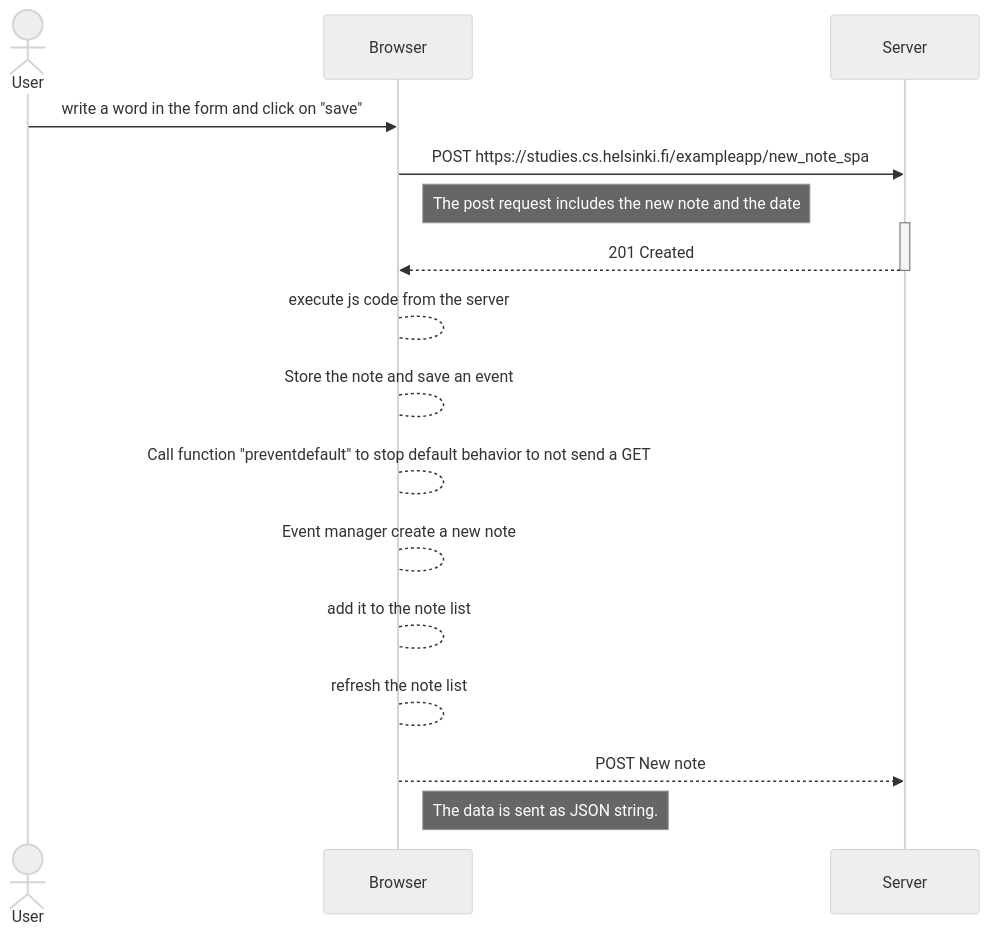
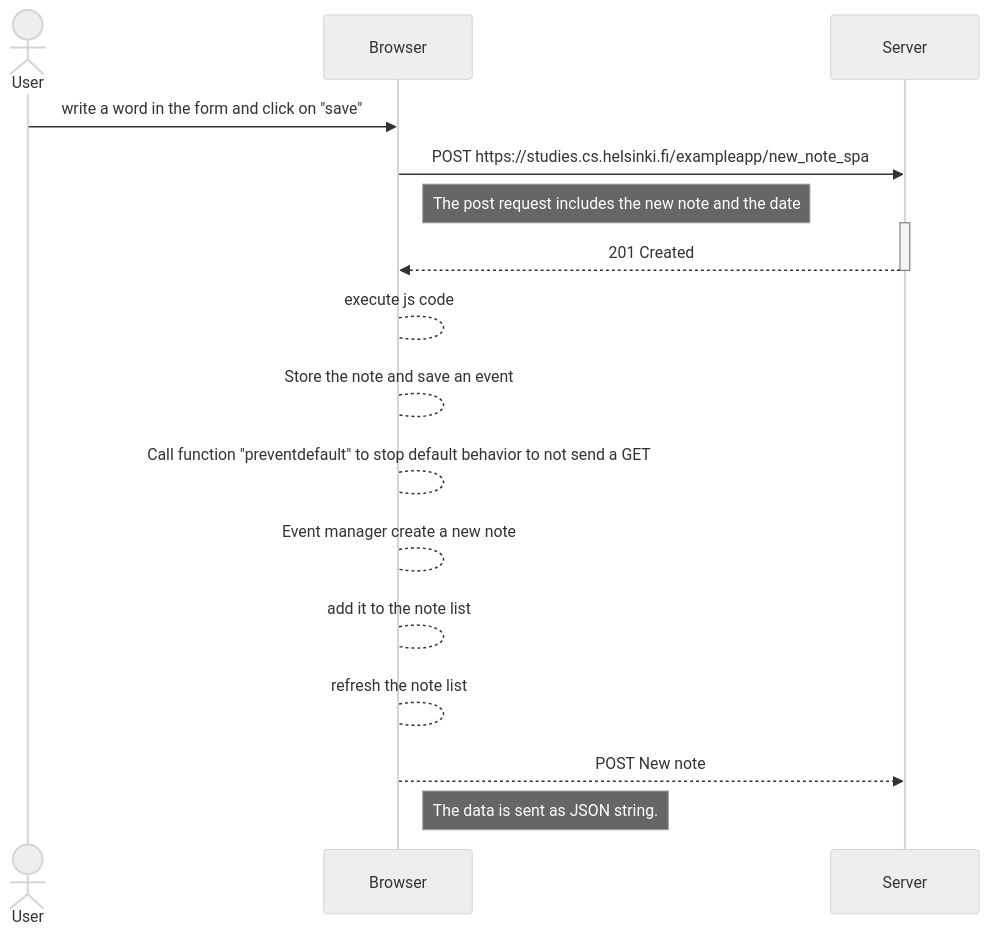
The diagram in diagram exercice 0.6 fulstackopen.md (Blackleaf3416/Fullstackopen-part0), drawn with Mermaid (neutral theme) before and after one commit.

Commit message:
Update diagram exercice 0.6 fulstackopen.md

````diff
--- a/diagram exercice 0.6 fulstackopen.md
+++ b/diagram exercice 0.6 fulstackopen.md
@@ -1,22 +1,22 @@
 ```mermaid
 sequenceDiagram
 
 actor User
 participant Browser
 participant Server
 User->>Browser: write a word in the form and click on "save"
 
 Browser->>Server: POST https://studies.cs.helsinki.fi/exampleapp/new_note_spa
 Note right of Browser: The post request includes the new note and the date
 Activate Server
 Server-->>Browser: 201 Created
 Deactivate Server
-Browser-->Browser: execute js code from the server
+Browser-->Browser: execute js code
 Browser-->Browser: Store the note and save an event
 Browser-->Browser: Call function "preventdefault" to stop default behavior to not send a GET
 Browser-->Browser: Event manager create a new note
 Browser-->Browser: add it to the note list
 Browser-->Browser: refresh the note list
 Browser-->>Server: POST New note
 Note right of Browser: The data is sent as JSON string.
 ```
````
